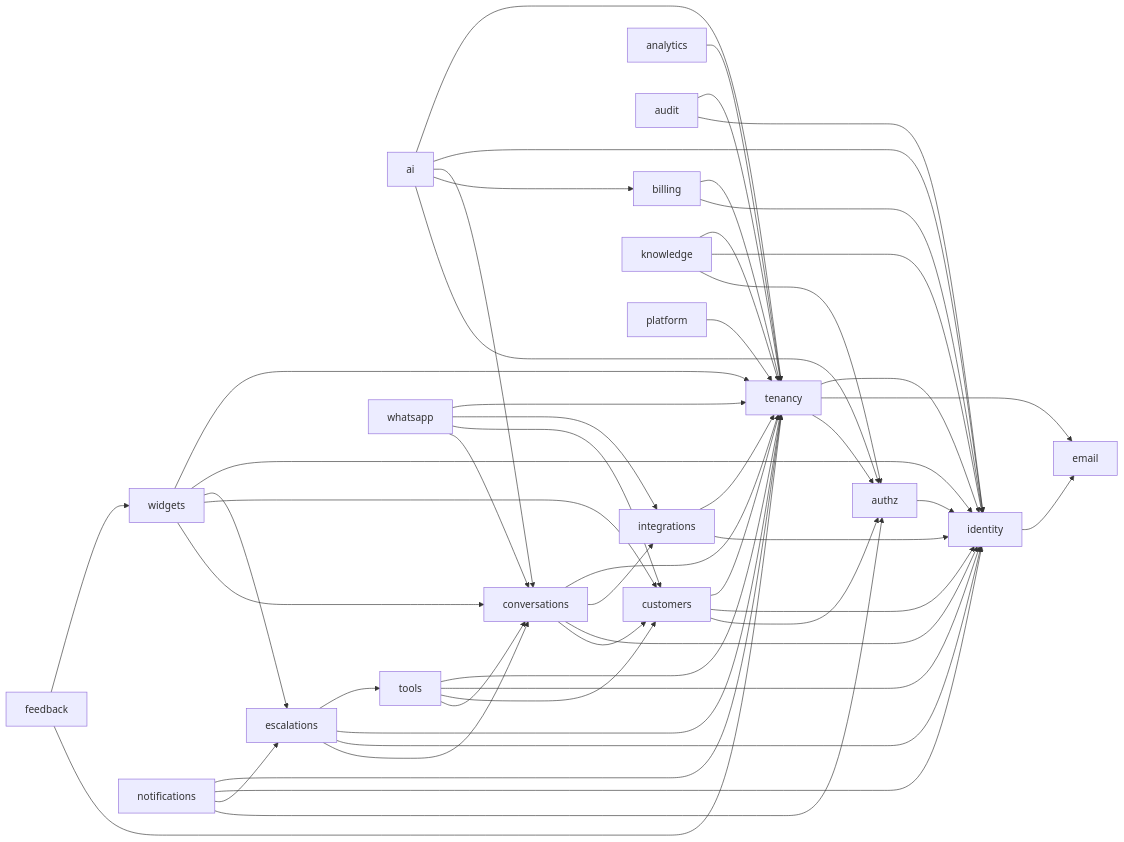
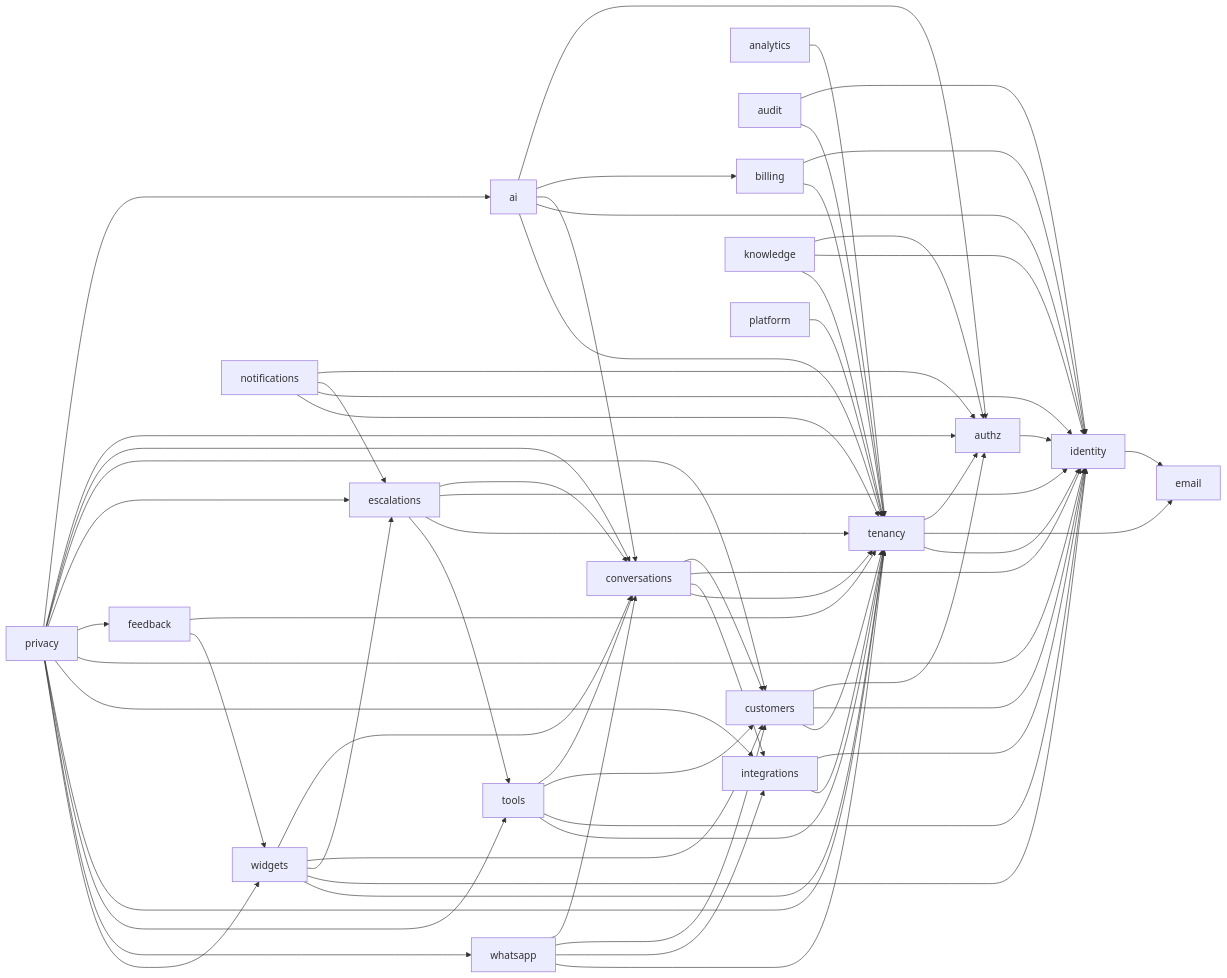
One commit to mohamed155/customer-service-chat-system changed the diagram in docs/architecture/module-dependencies.md. Above: the diagram before and after it, drawn with Mermaid. The commit also changed other lines of this file and 75 other files, not shown here.

````diff
--- a/docs/architecture/module-dependencies.md
+++ b/docs/architecture/module-dependencies.md
@@ -41,54 +42,66 @@
 ```mermaid
 flowchart LR
   ai --> authz
   ai --> billing
   ai --> conversations
   ai --> identity
   ai --> tenancy
   analytics --> tenancy
   audit --> identity
   audit --> tenancy
   authz --> identity
   billing --> identity
   billing --> tenancy
   conversations --> customers
   conversations --> identity
   conversations --> integrations
   conversations --> tenancy
   customers --> authz
   customers --> identity
   customers --> tenancy
   escalations --> conversations
   escalations --> identity
   escalations --> tenancy
   escalations --> tools
   feedback --> tenancy
   feedback --> widgets
   identity --> email
   integrations --> identity
   integrations --> tenancy
   knowledge --> authz
   knowledge --> identity
   knowledge --> tenancy
   notifications --> authz
   notifications --> escalations
   notifications --> identity
   notifications --> tenancy
   platform --> tenancy
+  privacy --> ai
+  privacy --> authz
+  privacy --> conversations
+  privacy --> customers
+  privacy --> escalations
+  privacy --> feedback
+  privacy --> identity
+  privacy --> integrations
+  privacy --> tenancy
+  privacy --> tools
+  privacy --> whatsapp
+  privacy --> widgets
   tenancy --> authz
   tenancy --> email
   tenancy --> identity
   tools --> conversations
   tools --> customers
   tools --> identity
   tools --> tenancy
   whatsapp --> conversations
   whatsapp --> customers
   whatsapp --> integrations
   whatsapp --> tenancy
   widgets --> conversations
   widgets --> customers
   widgets --> escalations
   widgets --> identity
   widgets --> tenancy
 ```
````
